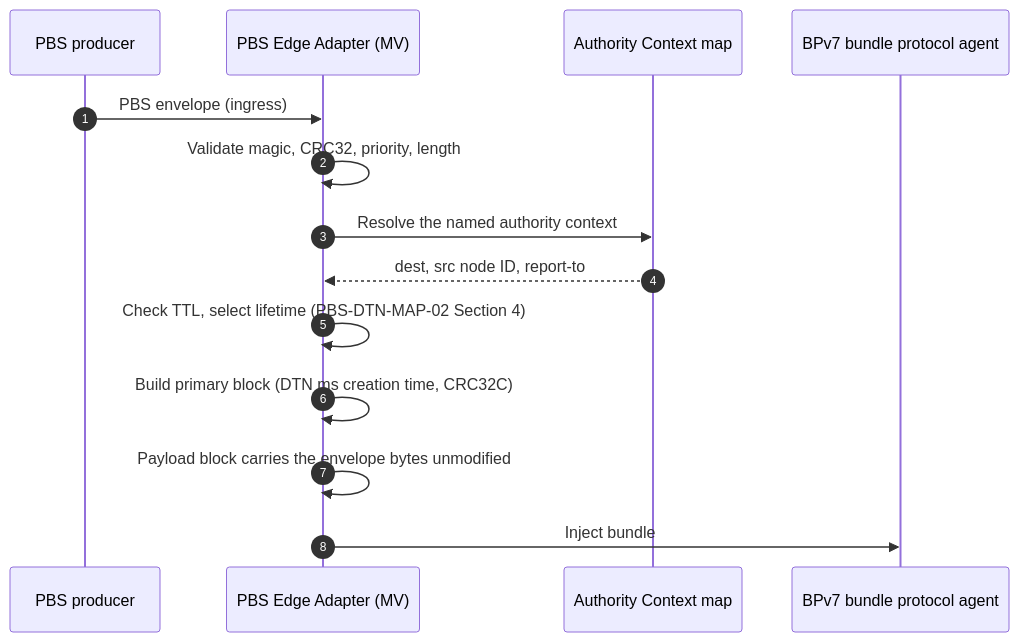
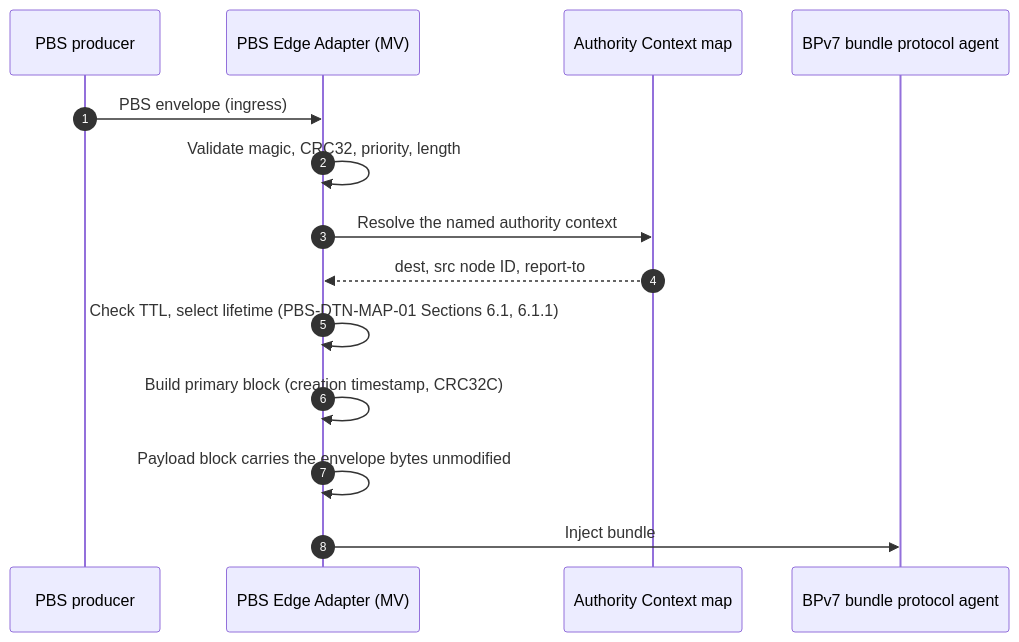
One commit to Pale-Blue-Systems/PBS-EDGE-ADAPTER-MV changed the third of 6 diagrams in DOCS/PBS-EDGE-ARCHITECTURE.md. Above: the diagram before and after it, drawn with Mermaid. The commit also changed other lines of this file and 6 other files, not shown here.

````diff
--- a/DOCS/PBS-EDGE-ARCHITECTURE.md
+++ b/DOCS/PBS-EDGE-ARCHITECTURE.md
@@ -95,17 +95,17 @@
 ```mermaid
 sequenceDiagram
   autonumber
   participant P as PBS producer
   participant A as PBS Edge Adapter (MV)
   participant AC as Authority Context map
   participant B as BPv7 bundle protocol agent
 
   P->>A: PBS envelope (ingress)
   A->>A: Validate magic, CRC32, priority, length
   A->>AC: Resolve the named authority context
   AC-->>A: dest, src node ID, report-to
-  A->>A: Check TTL, select lifetime (PBS-DTN-MAP-02 Section 4)
-  A->>A: Build primary block (DTN ms creation time, CRC32C)
+  A->>A: Check TTL, select lifetime (PBS-DTN-MAP-01 Sections 6.1, 6.1.1)
+  A->>A: Build primary block (creation timestamp, CRC32C)
   A->>A: Payload block carries the envelope bytes unmodified
   A->>B: Inject bundle
 ```
````
